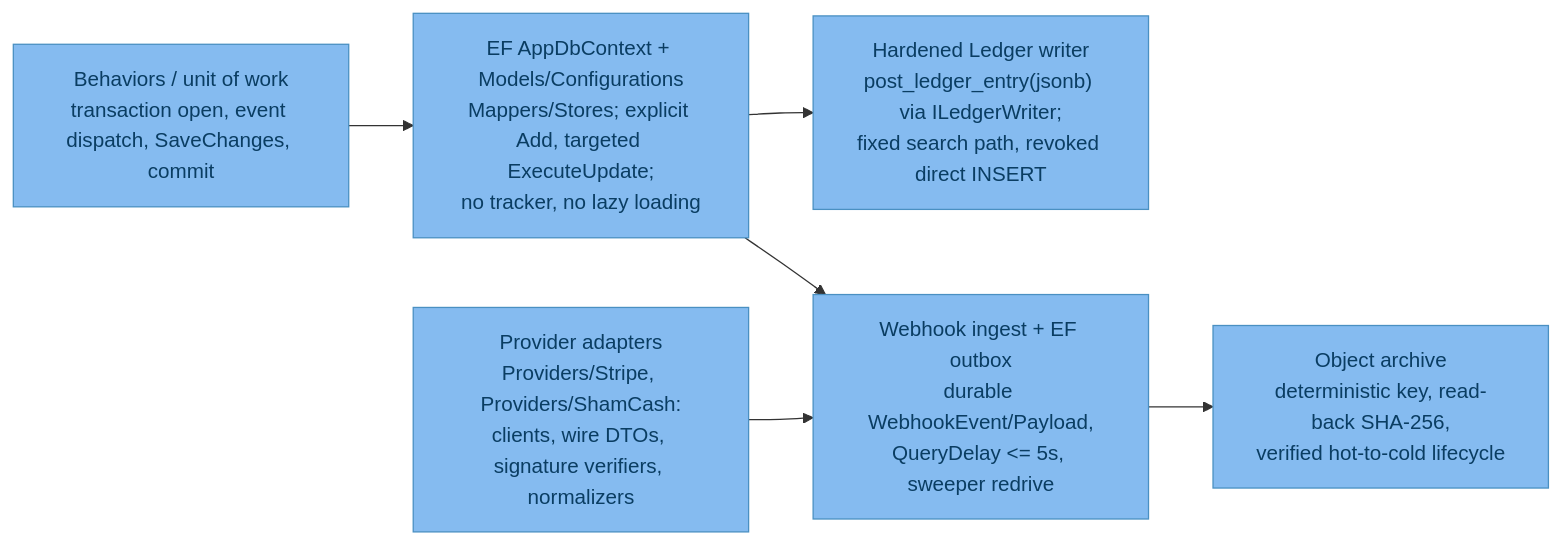
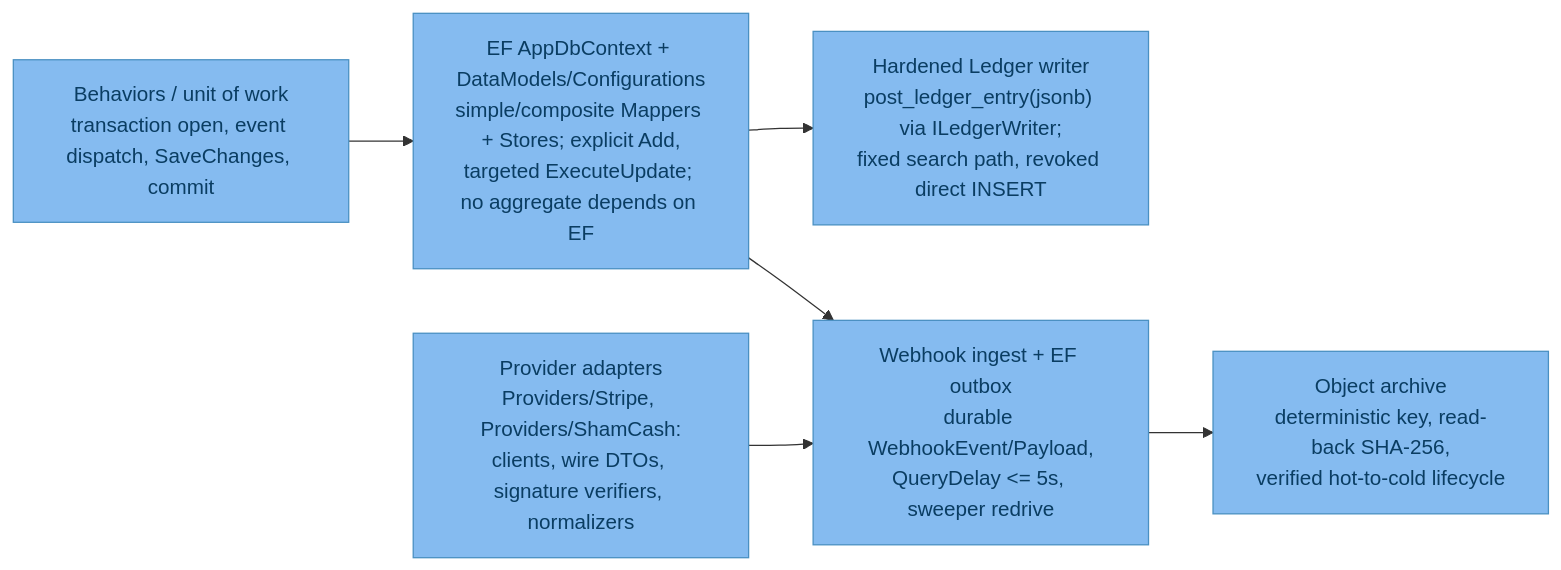
One commit to Azero77/alpha-zero changed the sixth of 10 diagrams in plans/payments/C4Model.md. Above: the diagram before and after it, drawn with Mermaid. The commit also changed other lines of this file, not shown here.

Commit message:
docs(payments): refine C4 architecture model

````diff
--- a/plans/payments/C4Model.md
+++ b/plans/payments/C4Model.md
@@ -170,15 +170,15 @@
 ```mermaid
 flowchart LR
   classDef component fill:#85bbf0,color:#0a3d62,stroke:#4a90c2;
-  ef["EF AppDbContext + Models/Configurations<br/>Mappers/Stores; explicit Add, targeted ExecuteUpdate;<br/>no tracker, no lazy loading"]:::component
+  ef["EF AppDbContext + DataModels/Configurations<br/>simple/composite Mappers + Stores; explicit Add,<br/>targeted ExecuteUpdate; no aggregate depends on EF"]:::component
   led["Hardened Ledger writer<br/>post_ledger_entry(jsonb) via ILedgerWriter;<br/>fixed search path, revoked direct INSERT"]:::component
   adapters["Provider adapters<br/>Providers/Stripe, Providers/ShamCash:<br/>clients, wire DTOs, signature verifiers, normalizers"]:::component
   webhook["Webhook ingest + EF outbox<br/>durable WebhookEvent/Payload,<br/>QueryDelay <= 5s, sweeper redrive"]:::component
   archive["Object archive<br/>deterministic key, read-back SHA-256,<br/>verified hot-to-cold lifecycle"]:::component
   tx["Behaviors / unit of work<br/>transaction open, event dispatch, SaveChanges, commit"]:::component
   ef --> led
   ef --> webhook
   adapters --> webhook
   webhook --> archive
   tx --> ef
 ```
````
